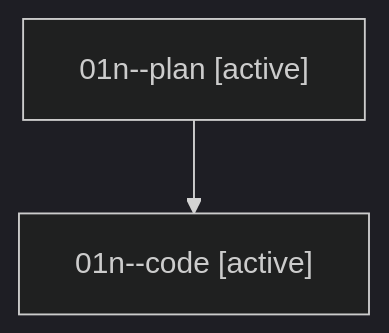
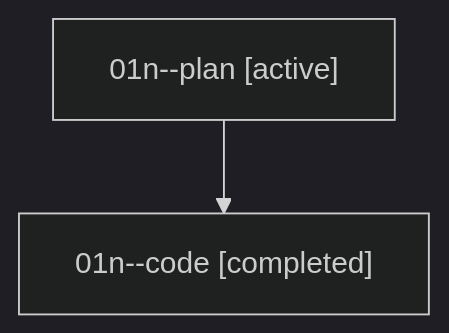
The diagram in families/bbugyi200.athena.01n.md (sase-org/sase--agents), drawn with Mermaid (dark theme) before and after one commit. The commit also changed other lines of this file and 35830 other files, not shown here.

````diff
--- a/families/bbugyi200.athena.01n.md
+++ b/families/bbugyi200.athena.01n.md
@@ -9,6 +9,6 @@
 ```mermaid
 flowchart TD
   n0["01n--plan [active]"]
-  n1["01n--code [active]"]
+  n1["01n--code [completed]"]
   n0 --> n1
 ```
````
